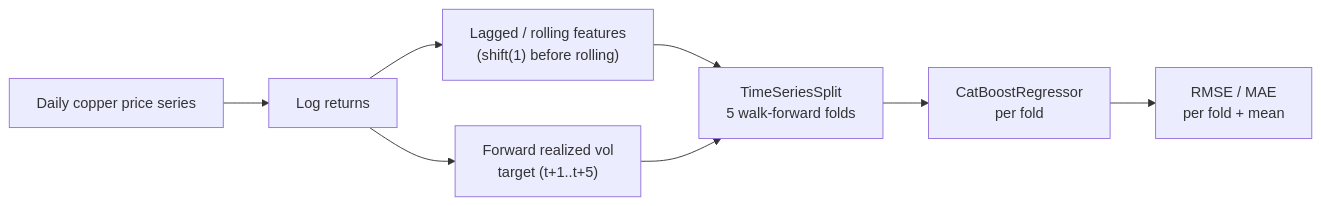
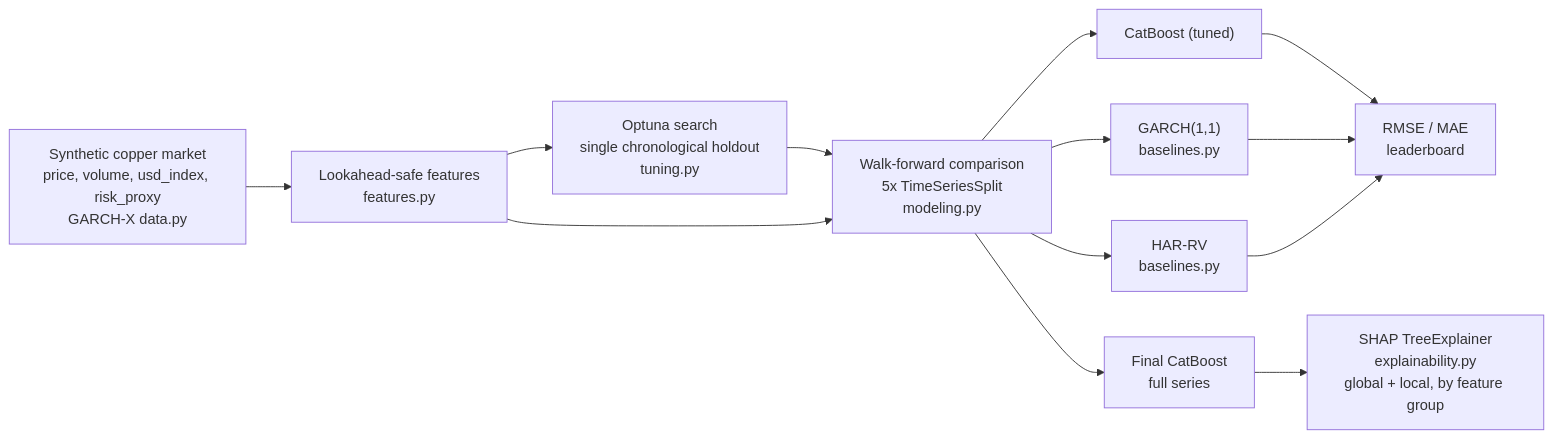
One commit to Rxyxs/copper-volatility-forecaster changed the diagram in README.md. Above: the diagram before and after it, drawn with Mermaid. The commit also changed other lines of this file and 20 other files, not shown here.

Commit message:
feat: CatBoost with Optuna optimization and GARCH baseline comparison

````diff
--- a/README.md
+++ b/README.md
@@ -41,10 +55,15 @@
 ```mermaid
 flowchart LR
-    A[Daily copper price series] --> B[Log returns]
-    B --> C["Lagged / rolling features<br/>(shift(1) before rolling)"]
-    B --> D["Forward realized vol<br/>target (t+1..t+5)"]
-    C --> E[TimeSeriesSplit<br/>5 walk-forward folds]
-    D --> E
-    E --> F[CatBoostRegressor<br/>per fold]
-    F --> G[RMSE / MAE<br/>per fold + mean]
+    A["Synthetic copper market<br/>price, volume, usd_index, risk_proxy<br/>GARCH-X data.py"] --> B["Lookahead-safe features<br/>features.py"]
+    B --> C["Optuna search<br/>single chronological holdout<br/>tuning.py"]
+    C --> D["Walk-forward comparison<br/>5x TimeSeriesSplit<br/>modeling.py"]
+    B --> D
+    D --> E1["CatBoost (tuned)"]
+    D --> E2["GARCH(1,1)<br/>baselines.py"]
+    D --> E3["HAR-RV<br/>baselines.py"]
+    E1 --> F["RMSE / MAE<br/>leaderboard"]
+    E2 --> F
+    E3 --> F
+    D --> G["Final CatBoost<br/>full series"]
+    G --> H["SHAP TreeExplainer<br/>explainability.py<br/>global + local, by feature group"]
 ```
````
